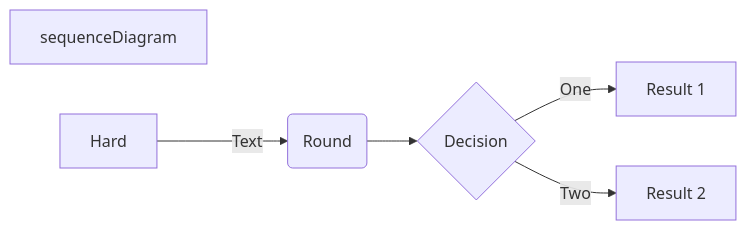
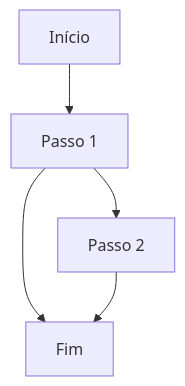
The diagram in README.md (Mariah-Gomes/jogo_de_memorizacao), drawn with Mermaid before and after one commit.

````diff
--- a/README.md
+++ b/README.md
@@ -11,8 +11,7 @@
 ```mermaid
-flowchart LR
-sequenceDiagram
-A[Hard] -->|Text| B(Round)
-B --> C{Decision}
-C -->|One| D[Result 1]
-C -->|Two| E[Result 2]
+graph TD;
+    A[Início] --> B[Passo 1];
+    B --> C[Passo 2];
+    B --> D[Fim];
+    C --> D;
 ```
````
